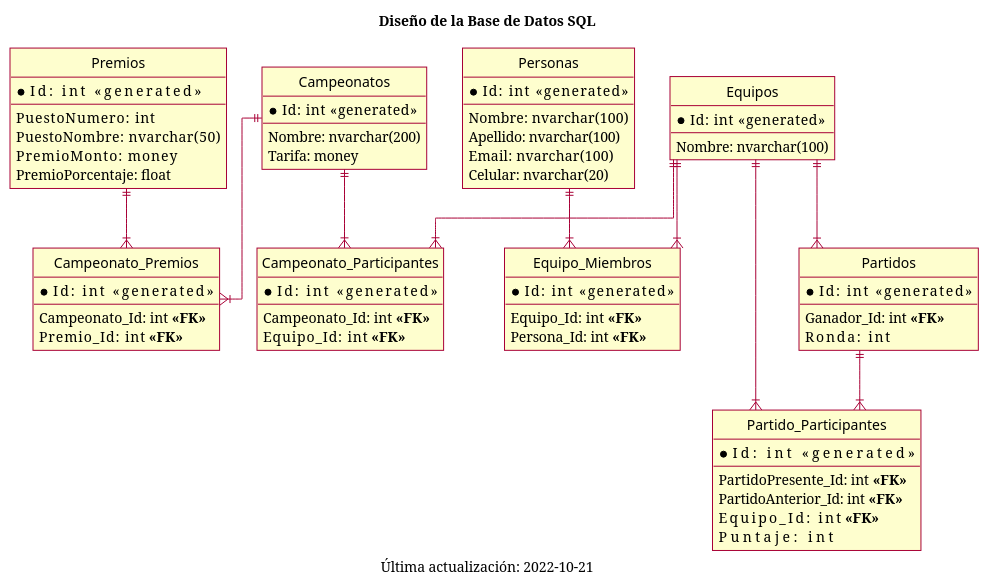
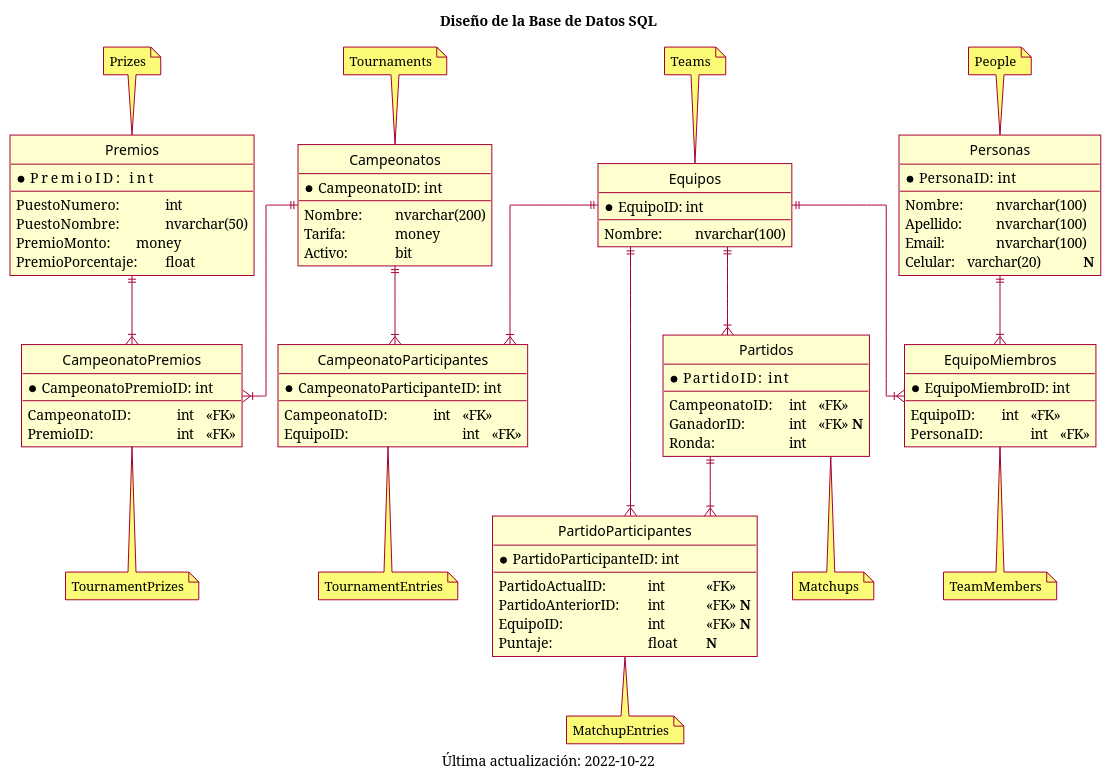
One commit to zherar7ordoya/AP5 changed the diagram in (EndGame)/Tournament Tracker/1) Planificación/9) Diseño de la Base de Datos SQL.puml. Above: the diagram before and after it, drawn with PlantUML. The commit also changed other lines of this file and 11 other files, not shown here.

```diff
--- a/(EndGame)/Tournament Tracker/1) Planificación/9) Diseño de la Base de Datos SQL.puml
+++ b/(EndGame)/Tournament Tracker/1) Planificación/9) Diseño de la Base de Datos SQL.puml
@@ -8,125 +9,148 @@
 @startuml GESTOR DE CAMPEONATOS
 
 ' Configuración de plantilla.
 skin rose
 skinparam classFontName Calibri
 skinparam shadowing false
 
 ' Configuración de diagrama.
 hide circle
 skinparam linetype ortho
 
 ' ──────────────────────────────────────────────────────────────────────────────
 
 title Diseño de la Base de Datos SQL
 
 ' ─── OBJETOS ──────────────────────────────────────────────────────────────────
 
-entity "Campeonato_Participantes"
+entity "CampeonatoParticipantes"
 {
-    *Id:           int <<generated>>
+    *CampeonatoParticipanteID: int
     --
-    Campeonato_Id: int **<<FK>>**
-    Equipo_Id:     int **<<FK>>**
+    CampeonatoID:           \t int \t <<FK>>
+    EquipoID:           \t\t\t int \t <<FK>>
 }
 
 
-entity "Campeonato_Premios"
+entity "CampeonatoPremios"
 {
-    *Id:           int <<generated>>
+    *CampeonatoPremioID: int
     --
-    Campeonato_Id: int **<<FK>>**
-    Premio_Id:     int **<<FK>>**
+    CampeonatoID:     \t int \t <<FK>>
+    PremioID:       \t\t int \t <<FK>>
 }
 
 
 entity "Campeonatos"
 {
-    *Id:    int <<generated>>
+    *CampeonatoID: int
     --
-    Nombre: nvarchar(200)
-    Tarifa: money
+    Nombre:     \t nvarchar(200)
+    Tarifa:   \t\t money
+    Activo:     \t bit
 }
 
 
-entity "Equipo_Miembros"
+entity "EquipoMiembros"
 {
-    *Id:        int <<generated>>
+    *EquipoMiembroID: int
     --
-    Equipo_Id:  int **<<FK>>**
-    Persona_Id: int **<<FK>>**
+    EquipoID:      \t int \t <<FK>>
+    PersonaID:     \t int \t <<FK>>
 }
 
 
 entity "Equipos"
 {
-    *Id:    int <<generated>>
+    *EquipoID: int
     --
-    Nombre: nvarchar(100)
+    Nombre: \t nvarchar(100)
 }
 
 
-entity "Partido_Participantes"
+entity "PartidoParticipantes"
 {
-   *Id:                 int <<generated>>
-   --
-    PartidoPresente_Id: int **<<FK>>**
-    PartidoAnterior_Id: int **<<FK>>**
-    Equipo_Id:          int **<<FK>>**
-    Puntaje:            int
+    *PartidoParticipanteID: int
+    --
+    PartidoActualID:     \t int   \t <<FK>>
+    PartidoAnteriorID:   \t int   \t <<FK>> **N**
+    EquipoID:          \t\t int   \t <<FK>> **N**
+    Puntaje:           \t\t float \t **N**
 }
 
 
 entity "Partidos"
 {
-   *Id:         int <<generated>>
-   --
-    Ganador_Id: int **<<FK>>**
-    Ronda:      int
+    *PartidoID:      int
+    --
+    CampeonatoID: \t int \t <<FK>>
+    GanadorID:    \t int \t <<FK>> **N**
+    Ronda:      \t\t int
 }
 
 
 entity "Personas"
 {
-   *Id:       int <<generated>>
-   --
-    Nombre:   nvarchar(100)
-    Apellido: nvarchar(100)
-    Email:    nvarchar(100)
-    Celular:  nvarchar(20)
+    *PersonaID:  int
+    --
+    Nombre:   \t nvarchar(100)
+    Apellido: \t nvarchar(100)
+    Email:  \t\t nvarchar(100)
+    Celular:  \t varchar(20)   \t **N**
 }
 
 
 entity "Premios"
 {
-    *Id:              int <<generated>>
+    *PremioID:           int
     --
-    PuestoNumero:     int
-    PuestoNombre:     nvarchar(50)
-    PremioMonto:      money
-    PremioPorcentaje: float
+    PuestoNumero:     \t int
+    PuestoNombre:     \t nvarchar(50)
+    PremioMonto:      \t money
+    PremioPorcentaje: \t float
 }
 
 ' ─── RELACIONES ───────────────────────────────────────────────────────────────
 
-Campeonatos ||--|{ Campeonato_Participantes
-Campeonatos ||--|{ Campeonato_Premios
+Campeonatos ||--|{ CampeonatoParticipantes
+Campeonatos ||--|{ CampeonatoPremios
 
-Equipos     ||--|{ Campeonato_Participantes
-Equipos     ||--|{ Equipo_Miembros
-Equipos     ||--|{ Partido_Participantes
+Equipos     ||--|{ CampeonatoParticipantes
+Equipos     ||--|{ EquipoMiembros
+Equipos     ||--|{ PartidoParticipantes
 Equipos     ||--|{ Partidos
 
-Partidos    ||--|{ Partido_Participantes
+Partidos    ||--|{ PartidoParticipantes
 
-Personas    ||--|{ Equipo_Miembros
+Personas    ||--|{ EquipoMiembros
 
-Premios     ||--|{ Campeonato_Premios
+Premios     ||--|{ CampeonatoPremios
+
+' ─── NOTAS ────────────────────────────────────────────────────────────────────
+note top of Premios: Prizes
+note top of Campeonatos: Tournaments
+note top of Equipos: Teams
+note top of Personas: People
+
+note "TournamentPrizes" as N1
+CampeonatoPremios .. N1
+
+note "TournamentEntries" as N2
+CampeonatoParticipantes .. N2
+
+note "MatchupEntries" as N3
+PartidoParticipantes .. N3
+
+note "Matchups" as N4
+Partidos .. N4
+
+note "TeamMembers" as N5
+EquipoMiembros .. N5
 
 ' ──────────────────────────────────────────────────────────────────────────────
 
-caption Última actualización: 2022-10-21
+caption Última actualización: 2022-10-22
 
 ' ──────────────────────────────────────────────────────────────────────────────
 
 @enduml
```
